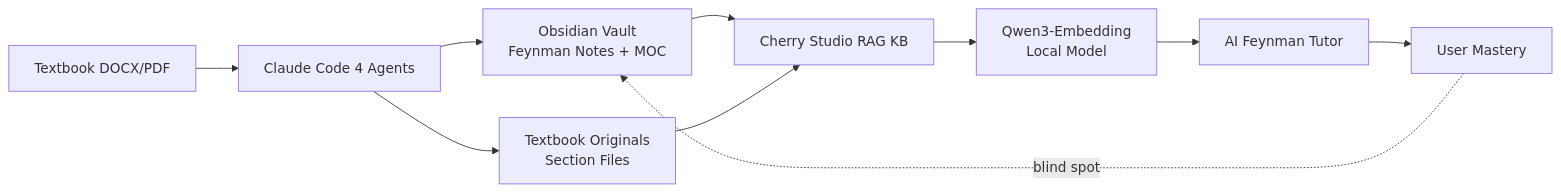
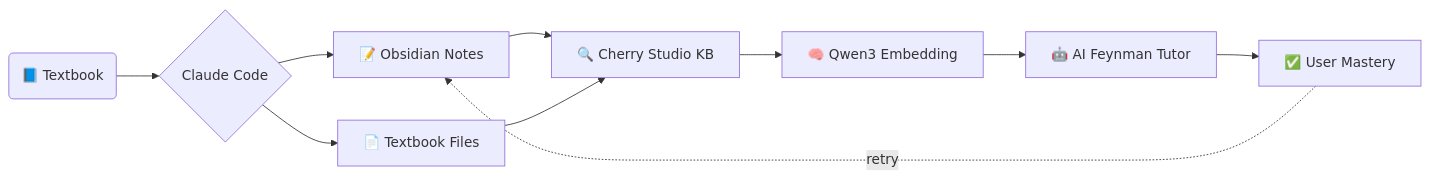
One commit to 3229218431/FeynFlow changed the second of 10 diagrams in README.md. Above: the diagram before and after it, drawn with Mermaid. The commit also changed other lines of this file, not shown here.

Commit message:
PlantUML mindmaps, new sequenceDiagram for agent flow, new gantt chart for build timeline, emoji-enhanced flowchart

````diff
--- a/README.md
+++ b/README.md
@@ -60,12 +60,12 @@
 ```mermaid
-flowchart LR
-    A[Textbook DOCX/PDF] --> B[Claude Code 4 Agents]
-    B --> C[Obsidian Vault<br>Feynman Notes + MOC]
-    B --> D[Textbook Originals<br>Section Files]
-    C --> E[Cherry Studio RAG KB]
+graph LR
+    A(📘 Textbook) --> B{Claude Code}
+    B --> C[📝 Obsidian Notes]
+    B --> D[📄 Textbook Files]
+    C --> E[🔍 Cherry Studio KB]
     D --> E
-    E --> F[Qwen3-Embedding<br>Local Model]
-    F --> G[AI Feynman Tutor]
-    G --> H[User Mastery]
-    H -.->|blind spot| C
+    E --> F[🧠 Qwen3 Embedding]
+    F --> G[🤖 AI Feynman Tutor]
+    G --> H[✅ User Mastery]
+    H -.->|retry| C
 ```
````
